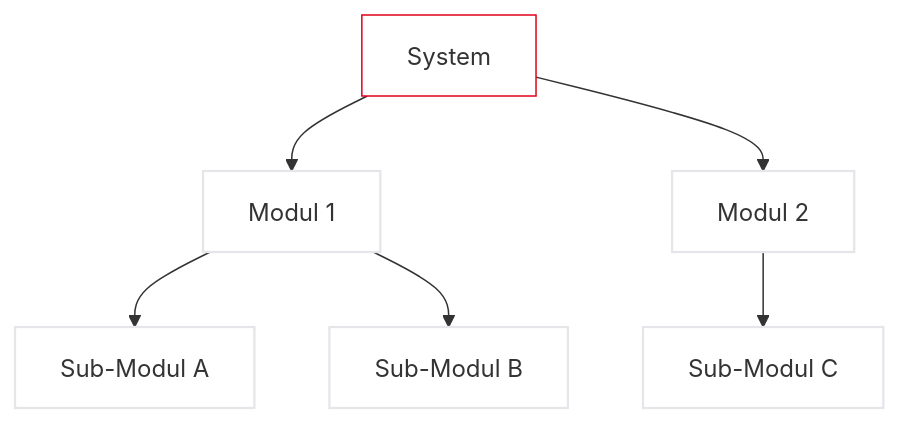
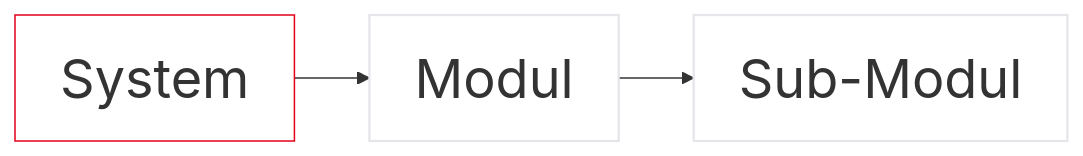
One commit to dantschi/mct1 changed the third of 38 diagrams in vorlesungen/01_kickoff.qmd. Above: the diagram before and after it, drawn with Mermaid. The commit also changed other lines of this file and 6 other files, not shown here.

First line of the commit message:
Behebe Mermaid-Lesbarkeit und Folien-Overflow im Kickoff.

````diff
--- a/vorlesungen/01_kickoff.qmd
+++ b/vorlesungen/01_kickoff.qmd
@@ -168,14 +168,9 @@
 ```{mermaid}
-graph TD
-  A[System] --> B[Modul 1]
-  A --> C[Modul 2]
-  B --> D[Sub-Modul A]
-  B --> E[Sub-Modul B]
-  C --> F[Sub-Modul C]
+%%{init: {'themeVariables': {'fontSize': '36px', 'fontFamily': 'Inter, sans-serif'}}}%%
+graph LR
+  A[System] --> B[Modul]
+  B --> C[Sub-Modul]
   style A fill:#FFFFFF,stroke:#E2001A,stroke-width:2px !important
   style B fill:#FFFFFF,stroke:#E5E5EA,stroke-width:1.5px
   style C fill:#FFFFFF,stroke:#E5E5EA,stroke-width:1.5px
-  style D fill:#FFFFFF,stroke:#E5E5EA,stroke-width:1.5px
-  style E fill:#FFFFFF,stroke:#E5E5EA,stroke-width:1.5px
-  style F fill:#FFFFFF,stroke:#E5E5EA,stroke-width:1.5px
 ```
````
